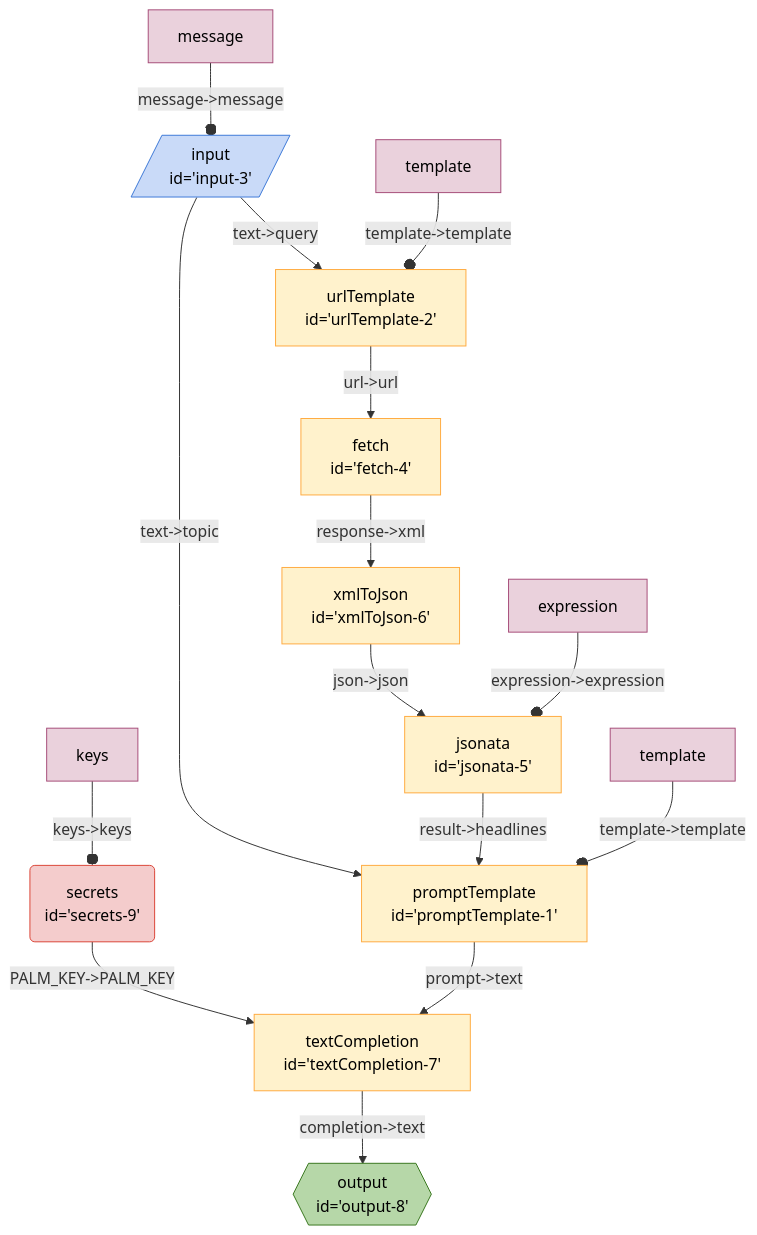
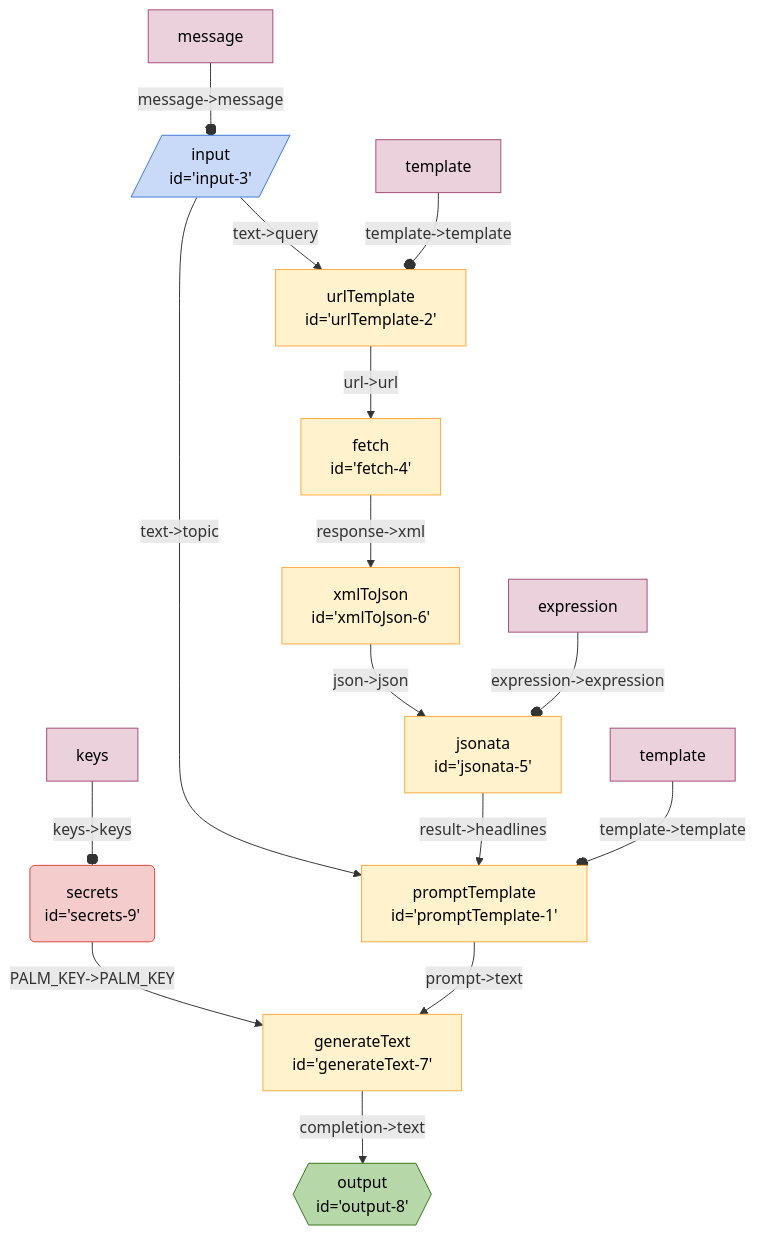
Before and after one commit to breadboard-ai/breadboard: the diagram in seeds/graph-playground/examples/google-news.md, drawn with Mermaid. The commit also changed 63 other files, not shown here.

First line of the commit message:
[llm-starter] Rename `textCompletion` to `generateText`.

````diff
--- a/seeds/graph-playground/examples/google-news.md
+++ b/seeds/graph-playground/examples/google-news.md
@@ -3,44 +3,44 @@
 ```mermaid
 %%{init: 'themeVariables': { 'fontFamily': 'Fira Code, monospace' }}%%
 graph TD;
 input3[/"input
 id='input-3'"/]:::input -- "text->topic" --> promptTemplate1["promptTemplate
 id='promptTemplate-1'"]
 input3[/"input
 id='input-3'"/]:::input -- "text->query" --> urlTemplate2["urlTemplate
 id='urlTemplate-2'"]
 urlTemplate2["urlTemplate
 id='urlTemplate-2'"] -- "url->url" --> fetch4["fetch
 id='fetch-4'"]
 jsonata5["jsonata
 id='jsonata-5'"] -- "result->headlines" --> promptTemplate1["promptTemplate
 id='promptTemplate-1'"]
 xmlToJson6["xmlToJson
 id='xmlToJson-6'"] -- "json->json" --> jsonata5["jsonata
 id='jsonata-5'"]
 fetch4["fetch
 id='fetch-4'"] -- "response->xml" --> xmlToJson6["xmlToJson
 id='xmlToJson-6'"]
-textCompletion7["textCompletion
-id='textCompletion-7'"] -- "completion->text" --> output8{{"output
+generateText7["generateText
+id='generateText-7'"] -- "completion->text" --> output8{{"output
 id='output-8'"}}:::output
 secrets9("secrets
-id='secrets-9'"):::secrets -- "PALM_KEY->PALM_KEY" --> textCompletion7["textCompletion
-id='textCompletion-7'"]
+id='secrets-9'"):::secrets -- "PALM_KEY->PALM_KEY" --> generateText7["generateText
+id='generateText-7'"]
 promptTemplate1["promptTemplate
-id='promptTemplate-1'"] -- "prompt->text" --> textCompletion7["textCompletion
-id='textCompletion-7'"]
+id='promptTemplate-1'"] -- "prompt->text" --> generateText7["generateText
+id='generateText-7'"]
 templatepromptTemplate1[template]:::config -- "template->template" --o promptTemplate1
 templateurlTemplate2[template]:::config -- "template->template" --o urlTemplate2
 messageinput3[message]:::config -- "message->message" --o input3
 expressionjsonata5[expression]:::config -- "expression->expression" --o jsonata5
 keyssecrets9[keys]:::config -- "keys->keys" --o secrets9
 classDef default stroke:#ffab40,fill:#fff2ccff,color:#000
 classDef input stroke:#3c78d8,fill:#c9daf8ff,color:#000
 classDef output stroke:#38761d,fill:#b6d7a8ff,color:#000
 classDef passthrough stroke:#a64d79,fill:#ead1dcff,color:#000
 classDef slot stroke:#a64d79,fill:#ead1dcff,color:#000
 classDef config stroke:#a64d79,fill:#ead1dcff,color:#000
 classDef secrets stroke:#db4437,fill:#f4cccc,color:#000
 classDef slotted stroke:#a64d79
 ```
````
